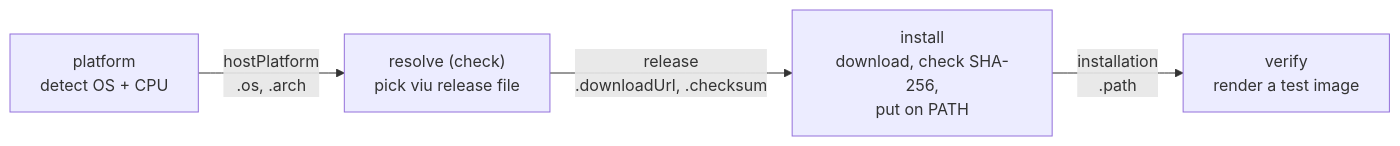
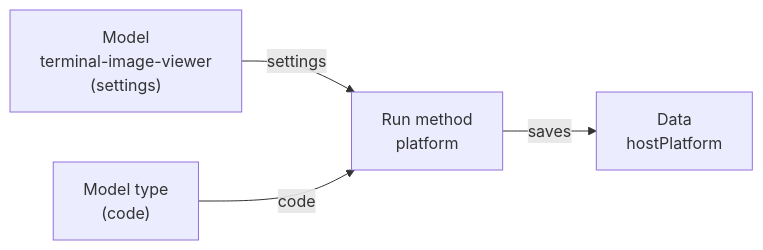
One commit to taylorific/swamp-training changed the diagram in slides.md. Above: the diagram before and after it, drawn with Mermaid. The commit also changed other lines of this file, not shown here.

First line of the commit message:
Revise slides for method execution and workflows

````diff
--- a/slides.md
+++ b/slides.md
@@ -524,11 +480,11 @@
 ```mermaid
 flowchart LR
-    P["platform<br/>detect OS + CPU"]
-    R["resolve (check)<br/>pick viu release file"]
-    I["install<br/>download, check SHA-256,<br/>put on PATH"]
-    V["verify<br/>render a test image"]
+    M["Model<br/>terminal-image-viewer<br/>(settings)"]
+    T["Model type<br/>(code)"]
+    R["Run method<br/>platform"]
+    D["Data<br/>hostPlatform"]
 
-    P -->|"hostPlatform<br/>.os, .arch"| R
-    R -->|"release<br/>.downloadUrl, .checksum"| I
-    I -->|"installation<br/>.path"| V
+    M -->|"settings"| R
+    T -->|"code"| R
+    R -->|"saves"| D
 ```
````
